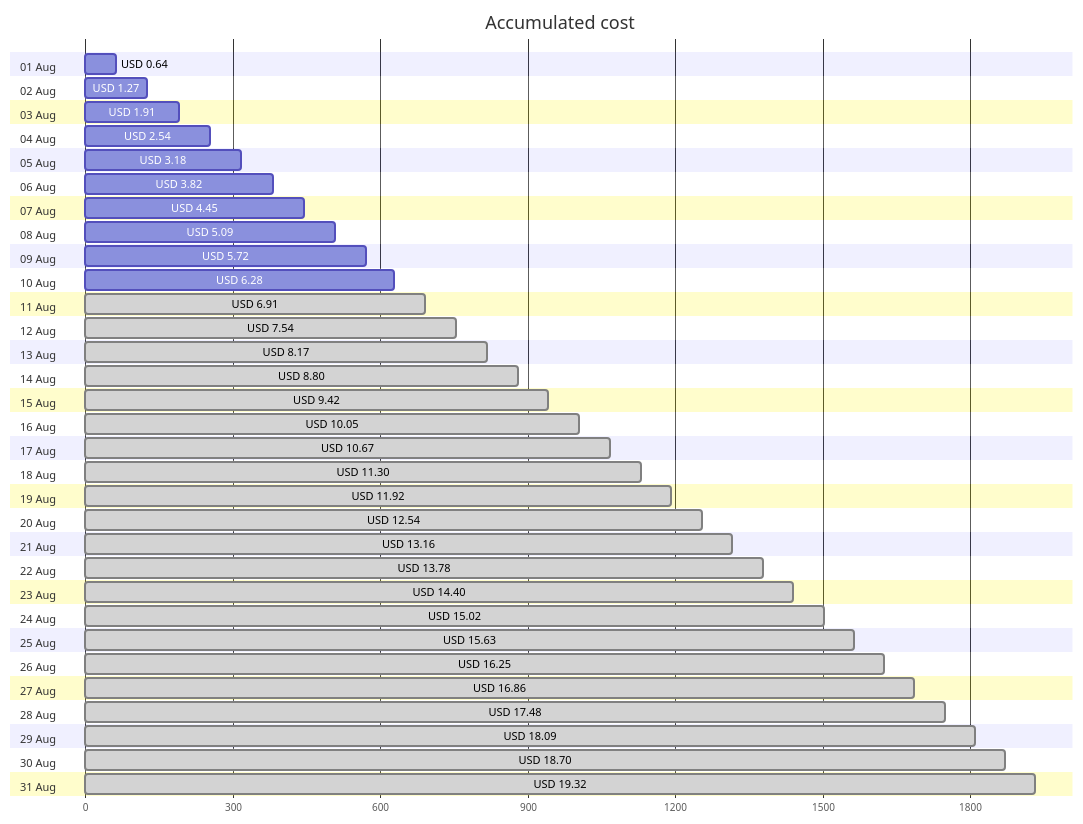
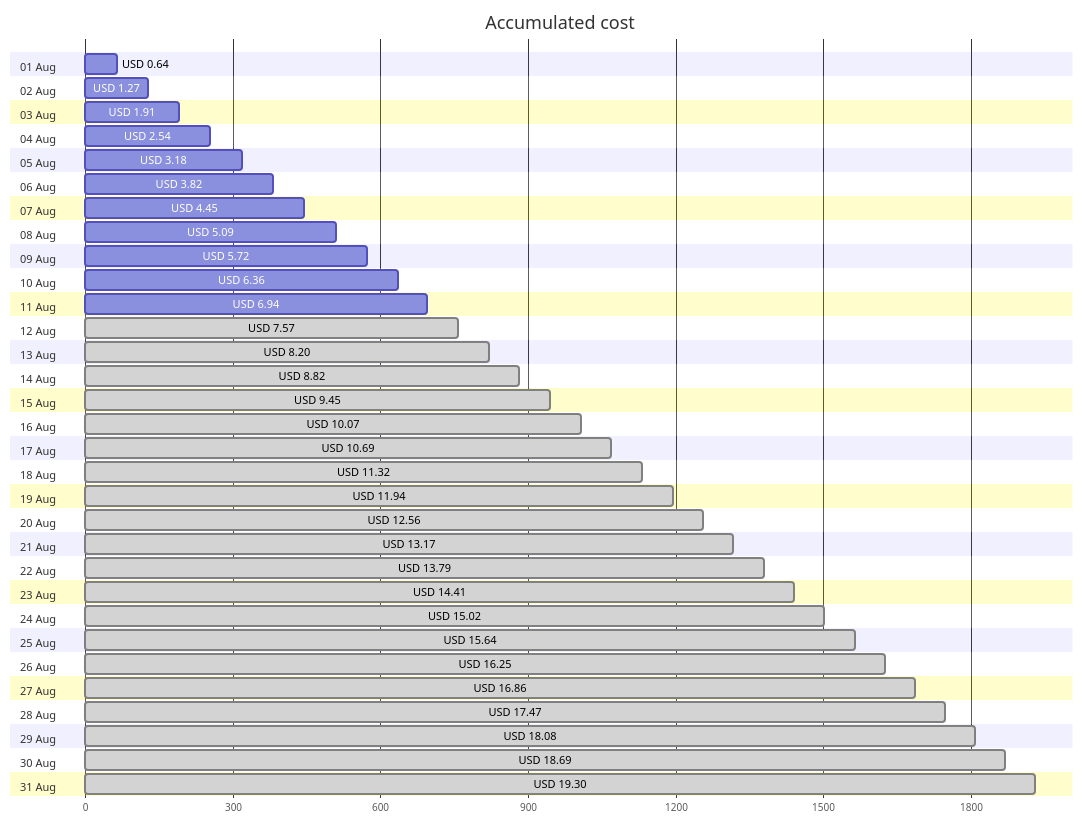
Before and after one commit to jpfulton/azure-personal-reports: the first of 4 diagrams in cost-reports/accumulated-cost.md, drawn with Mermaid. The commit also changed other lines of this file and 4 other files, not shown here.

````diff
--- a/cost-reports/accumulated-cost.md
+++ b/cost-reports/accumulated-cost.md
@@ -20,68 +20,68 @@
 ```mermaid
 gantt
    title Accumulated cost
    dateFormat  X
    axisFormat %s
    section 01 Aug
    USD 0.64 :0, 64
    section 02 Aug
    USD 1.27 :0, 127
    section 03 Aug
    USD 1.91 :0, 191
    section 04 Aug
    USD 2.54 :0, 254
    section 05 Aug
    USD 3.18 :0, 318
    section 06 Aug
    USD 3.82 :0, 382
    section 07 Aug
    USD 4.45 :0, 445
    section 08 Aug
    USD 5.09 :0, 509
    section 09 Aug
    USD 5.72 :0, 572
    section 10 Aug
-   USD 6.28 :0, 628
+   USD 6.36 :0, 636
    section 11 Aug
-   USD 6.91 : done, 0, 691
+   USD 6.94 :0, 694
    section 12 Aug
-   USD 7.54 : done, 0, 754
+   USD 7.57 : done, 0, 757
    section 13 Aug
-   USD 8.17 : done, 0, 817
+   USD 8.20 : done, 0, 820
    section 14 Aug
-   USD 8.80 : done, 0, 880
+   USD 8.82 : done, 0, 882
    section 15 Aug
-   USD 9.42 : done, 0, 942
+   USD 9.45 : done, 0, 945
    section 16 Aug
-   USD 10.05 : done, 0, 1005
+   USD 10.07 : done, 0, 1007
    section 17 Aug
-   USD 10.67 : done, 0, 1067
+   USD 10.69 : done, 0, 1069
    section 18 Aug
-   USD 11.30 : done, 0, 1130
+   USD 11.32 : done, 0, 1132
    section 19 Aug
-   USD 11.92 : done, 0, 1192
+   USD 11.94 : done, 0, 1194
    section 20 Aug
-   USD 12.54 : done, 0, 1254
+   USD 12.56 : done, 0, 1256
    section 21 Aug
-   USD 13.16 : done, 0, 1316
+   USD 13.17 : done, 0, 1317
    section 22 Aug
-   USD 13.78 : done, 0, 1378
+   USD 13.79 : done, 0, 1379
    section 23 Aug
-   USD 14.40 : done, 0, 1440
+   USD 14.41 : done, 0, 1441
    section 24 Aug
    USD 15.02 : done, 0, 1502
    section 25 Aug
-   USD 15.63 : done, 0, 1563
+   USD 15.64 : done, 0, 1564
    section 26 Aug
    USD 16.25 : done, 0, 1625
    section 27 Aug
    USD 16.86 : done, 0, 1686
    section 28 Aug
-   USD 17.48 : done, 0, 1748
+   USD 17.47 : done, 0, 1747
    section 29 Aug
-   USD 18.09 : done, 0, 1809
+   USD 18.08 : done, 0, 1808
    section 30 Aug
-   USD 18.70 : done, 0, 1870
+   USD 18.69 : done, 0, 1869
    section 31 Aug
-   USD 19.32 : done, 0, 1932
+   USD 19.30 : done, 0, 1930
 ```
````
